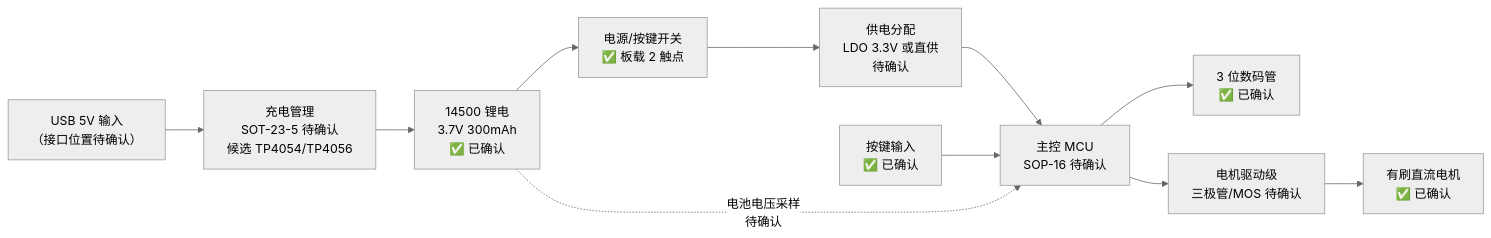
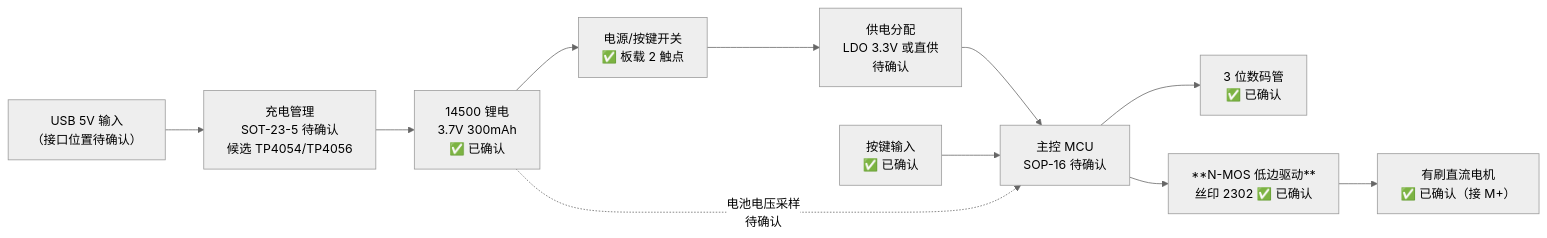
The diagram in 02-20Days-Challenge/iterations/项目05-02-供电与控制框图.md (cyf-Billy/ICEC-2026-0191-chenyanfan), drawn with Mermaid (neutral theme) before and after one commit. The commit also changed other lines of this file and 3 other files, not shown here.

````diff
--- a/02-20Days-Challenge/iterations/项目05-02-供电与控制框图.md
+++ b/02-20Days-Challenge/iterations/项目05-02-供电与控制框图.md
@@ -9,13 +9,13 @@
 ```mermaid
 flowchart LR
     USB["USB 5V 输入<br/>（接口位置待确认）"] --> CHG["充电管理<br/>SOT-23-5 待确认<br/>候选 TP4054/TP4056"]
     CHG --> BAT["14500 锂电<br/>3.7V 300mAh<br/>✅ 已确认"]
     BAT --> SW["电源/按键开关<br/>✅ 板载 2 触点"]
     SW --> PWR["供电分配<br/>LDO 3.3V 或直供<br/>待确认"]
     PWR --> MCU["主控 MCU<br/>SOP-16 待确认"]
     KEY["按键输入<br/>✅ 已确认"] --> MCU
     MCU --> SEG["3 位数码管<br/>✅ 已确认"]
-    MCU --> DRV["电机驱动级<br/>三极管/MOS 待确认"]
-    DRV --> MOT["有刷直流电机<br/>✅ 已确认"]
+    MCU --> DRV["**N-MOS 低边驱动**<br/>丝印 2302 ✅ 已确认"]
+    DRV --> MOT["有刷直流电机<br/>✅ 已确认（接 M+）"]
     BAT -.->|"电池电压采样<br/>待确认"| MCU
 ```
````
